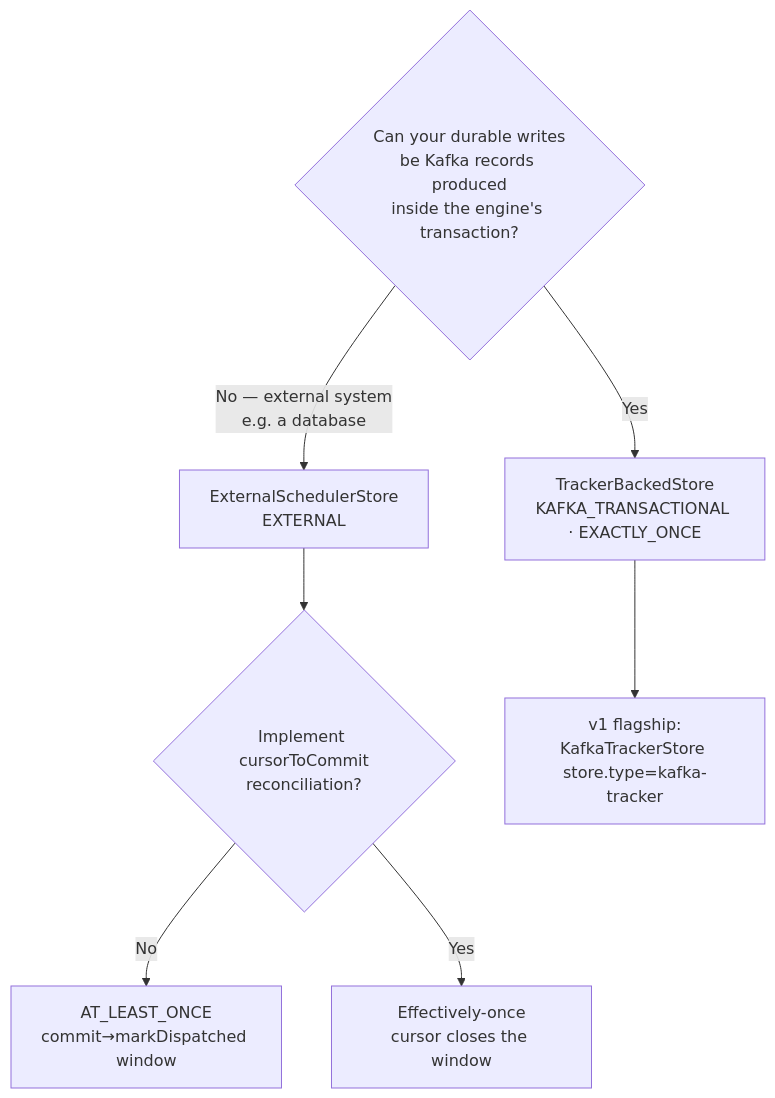
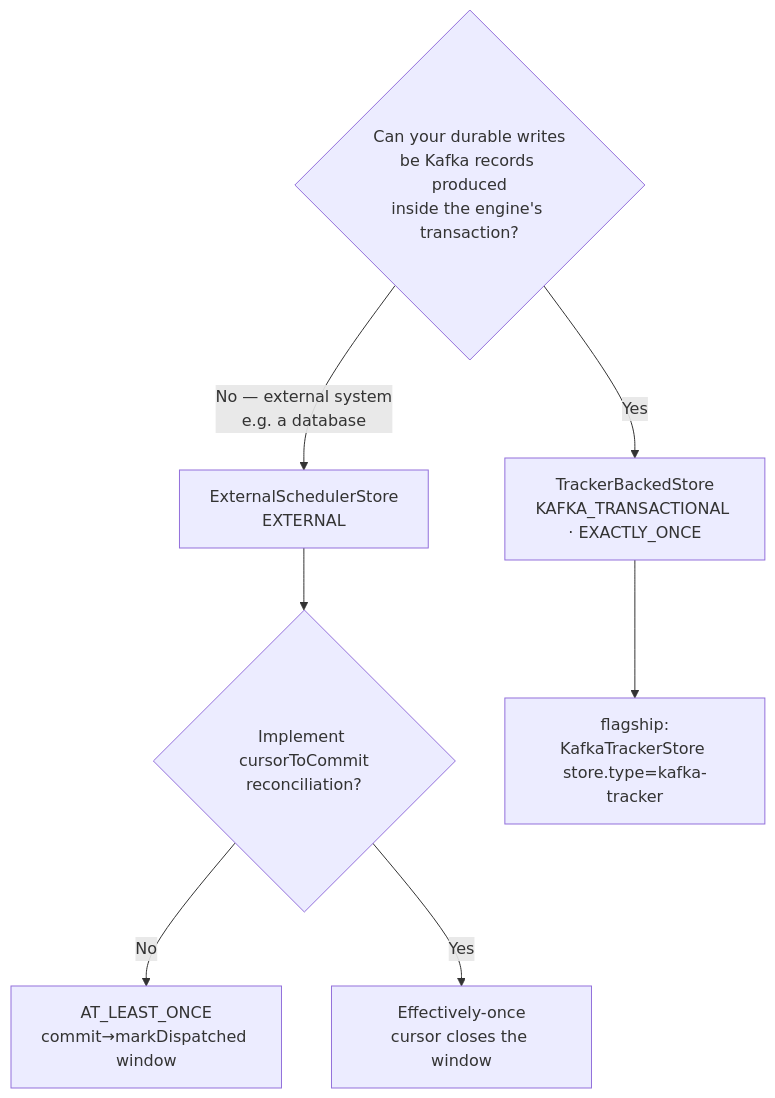
Before and after one commit to mjucius/cesium-kafka: the diagram in docs/store-spi.md, drawn with Mermaid. The commit also changed other lines of this file and 37 other files, not shown here.

````diff
--- a/docs/store-spi.md
+++ b/docs/store-spi.md
@@ -39,10 +39,10 @@
 ```mermaid
 flowchart TD
     Q1{Can your durable writes<br/>be Kafka records produced<br/>inside the engine's transaction?}
     Q1 -->|Yes| TB[TrackerBackedStore<br/>KAFKA_TRANSACTIONAL · EXACTLY_ONCE]
     Q1 -->|No — external system<br/>e.g. a database| EX[ExternalSchedulerStore<br/>EXTERNAL]
     EX --> Q2{Implement cursorToCommit<br/>reconciliation?}
     Q2 -->|No| AL[AT_LEAST_ONCE<br/>commit→markDispatched window]
     Q2 -->|Yes| EO[Effectively-once<br/>cursor closes the window]
-    TB --> KT[v1 flagship:<br/>KafkaTrackerStore store.type=kafka-tracker]
+    TB --> KT[flagship:<br/>KafkaTrackerStore store.type=kafka-tracker]
 ```
````
